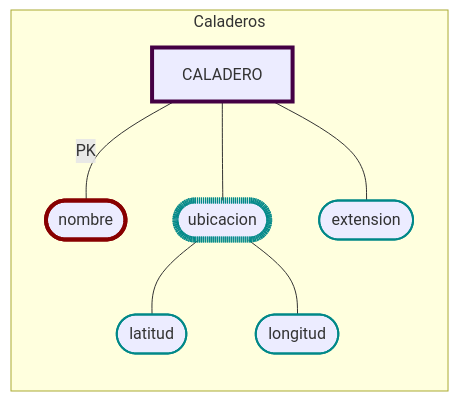
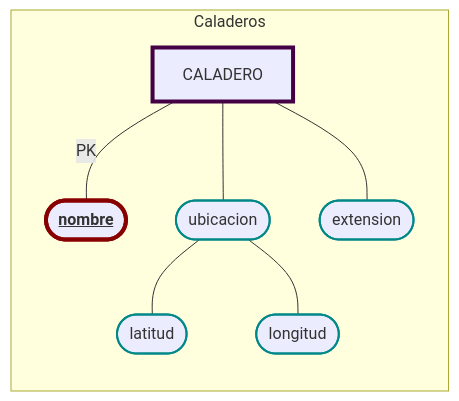
One commit to JulTob/BasesDeDatos changed the diagram in Practica/P1/Schema/Caladeros.md. Above: the diagram before and after it, drawn with Mermaid. The commit also changed 16 other files, not shown here.

````diff
--- a/Practica/P1/Schema/Caladeros.md
+++ b/Practica/P1/Schema/Caladeros.md
@@ -8,20 +8,17 @@
 ```mermaid
 flowchart LR   
   classDef atributo stroke:#088,stroke-width:2px;
-  classDef derivado stroke-width:3px, stroke-dasharray:3 3;
-  classDef compuesto stroke-width:6px, stroke-dasharray:1 1;
   classDef pk stroke:#800,stroke-width:4px;
   classDef entidad stroke:#404,stroke-width:4px;
 
   %% Atributos CALADERO
   subgraph Caladeros
     Caladero[CALADERO]:::entidad
-    Caladero ---|PK| nombre([nombre]):::pk 
-    Caladero --- ubicacion([ubicacion]):::atributo 
+    Caladero ---|PK| nombre(["<b><u>nombre</u></b>"]):::pk
+    Caladero --- ubicacion([ubicacion]):::atributo
     Caladero --- extension([extension]):::atributo 
-      ubicacion:::compuesto
-      ubicacion  --- latitud([latitud]):::atributo
-	  ubicacion  --- longitud([longitud]):::atributo 
+    ubicacion --- latitud([latitud]):::atributo
+    ubicacion --- longitud([longitud]):::atributo
 
     end
 ```
````
